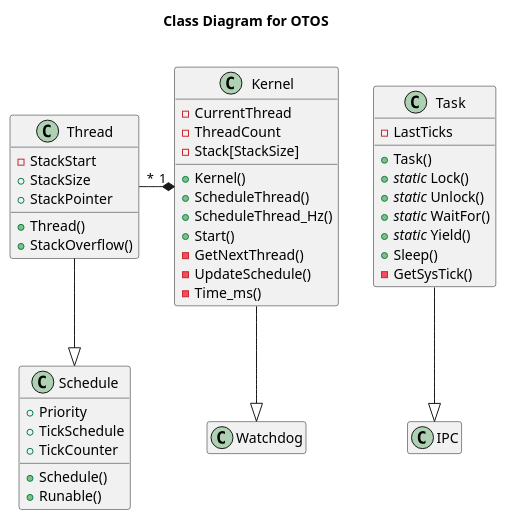
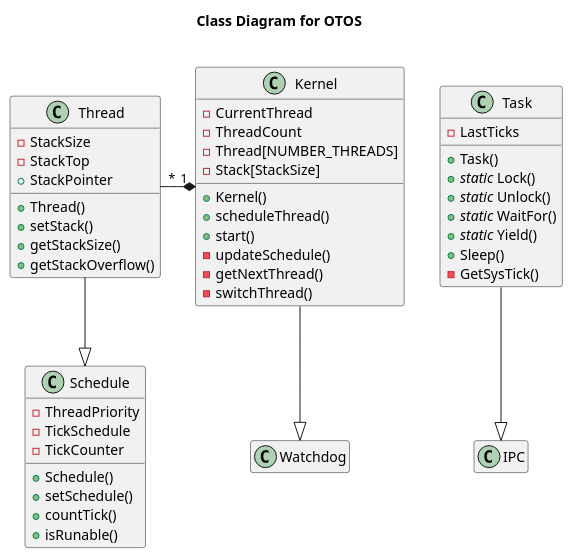
The diagram in doc/UML/CLD_OTOS.puml (SebastianOberschwendtner/OTOS), drawn with PlantUML before and after one commit. The commit also changed 9 other files, not shown here.

```diff
--- a/doc/UML/CLD_OTOS.puml
+++ b/doc/UML/CLD_OTOS.puml
@@ -1,71 +1,80 @@
 @startuml CLD_OTOS
 title Class Diagram for **OTOS**\n
 
 hide empty members
 
 class Schedule{
     'Properties:
-    + Priority
-    + TickSchedule
-    + TickCounter
+    - ThreadPriority
+    - TickSchedule
+    - TickCounter
+
     'Methods
     + Schedule()
-    + Runable()
+    + setSchedule()
+    + countTick()
+    + isRunable()
 }
 
 class Thread {
     'Properies:
-    - StackStart
-    + StackSize
+    - StackSize
+    - StackTop
     + StackPointer
+
     'Methods:
     + Thread()
-    + StackOverflow()
+    + setStack()
+    + getStackSize()
+    + getStackOverflow()
 }
 class Kernel{
     'Properties:
     - CurrentThread
     - ThreadCount
+    - Thread[NUMBER_THREADS]
     - Stack[StackSize]
+
     'Methods:
     + Kernel()
-    + ScheduleThread()
-    + ScheduleThread_Hz()
-    + Start()
-    - GetNextThread()
-    - UpdateSchedule()
-    - Time_ms()
+    + scheduleThread()
+    ' + ScheduleThread_Hz()
+    + start()
+    - updateSchedule()
+    - getNextThread()
+    - switchThread()
+    ' - time_ms()
 }
 
 class Watchdog {
    '+ Watchdog()
    '+ Pet()
 }
 
 class Task{
     ' Properties:
     - LastTicks
 
     ' Methods:
     + Task()
     + //static// Lock()
     + //static// Unlock()
     + //static// WaitFor()
     + //static// Yield()
     + Sleep()
     - GetSysTick()
 }
 
 class IPC{
    '- Id
    '- CmdBuffer
    '+ GetQueue()
    '+ PushQueue()
 }
 
 Thread --|> Schedule
 Thread "*"-*"1" Kernel
 Kernel --|> Watchdog
 Task --|> IPC
 
 @enduml
```
